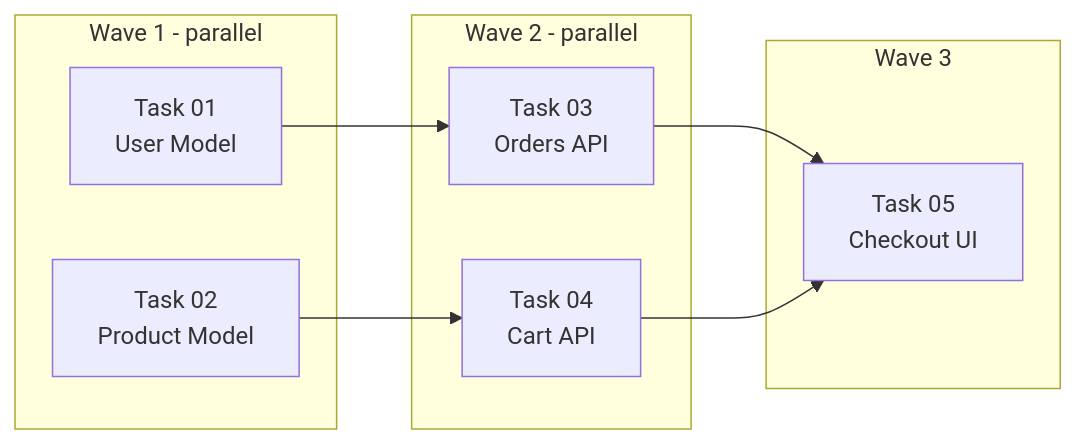
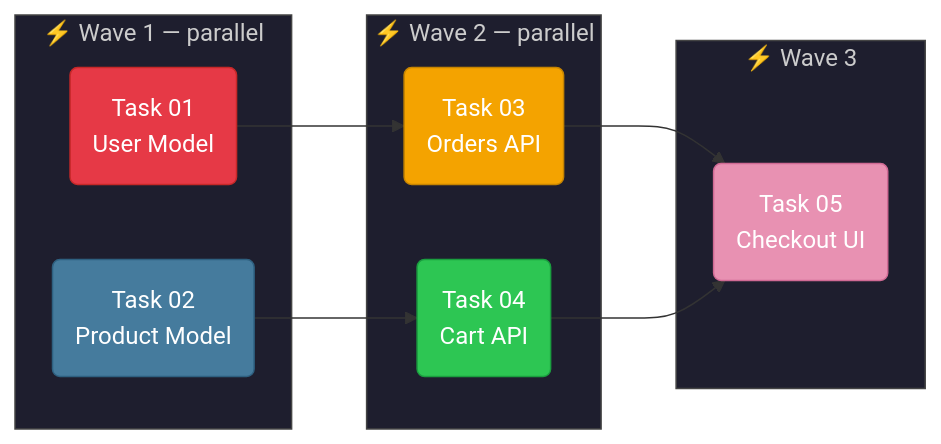
One commit to Sh3rd3n/megazord changed the diagram in README.md. Above: the diagram before and after it, drawn with Mermaid.

Commit message:
fix(15): add Ranger colors to Mermaid wave execution diagram
Each task node gets a distinct Ranger color (red, blue, yellow, green,
pink) matching the hero SVG. Wave subgraphs use dark backgrounds.

````diff
--- a/README.md
+++ b/README.md
@@ -191,18 +191,27 @@
 ```mermaid
 graph LR
-  subgraph Wave 1 - parallel
-    T1["Task 01<br/>User Model"]
-    T2["Task 02<br/>Product Model"]
+  subgraph w1["⚡ Wave 1 — parallel"]
+    T1("Task 01<br/>User Model")
+    T2("Task 02<br/>Product Model")
   end
-  subgraph Wave 2 - parallel
-    T3["Task 03<br/>Orders API"]
-    T4["Task 04<br/>Cart API"]
+  subgraph w2["⚡ Wave 2 — parallel"]
+    T3("Task 03<br/>Orders API")
+    T4("Task 04<br/>Cart API")
   end
-  subgraph Wave 3
-    T5["Task 05<br/>Checkout UI"]
+  subgraph w3["⚡ Wave 3"]
+    T5("Task 05<br/>Checkout UI")
   end
   T1 --> T3
   T2 --> T4
   T3 --> T5
   T4 --> T5
+
+  style T1 fill:#E63946,stroke:#c62828,color:#fff
+  style T2 fill:#457B9D,stroke:#2e6080,color:#fff
+  style T3 fill:#F4A300,stroke:#c68400,color:#fff
+  style T4 fill:#2DC653,stroke:#1a9e3f,color:#fff
+  style T5 fill:#E891B2,stroke:#d06a94,color:#fff
+  style w1 fill:#1e1e2e,stroke:#444,color:#ccc
+  style w2 fill:#1e1e2e,stroke:#444,color:#ccc
+  style w3 fill:#1e1e2e,stroke:#444,color:#ccc
 ```
````
